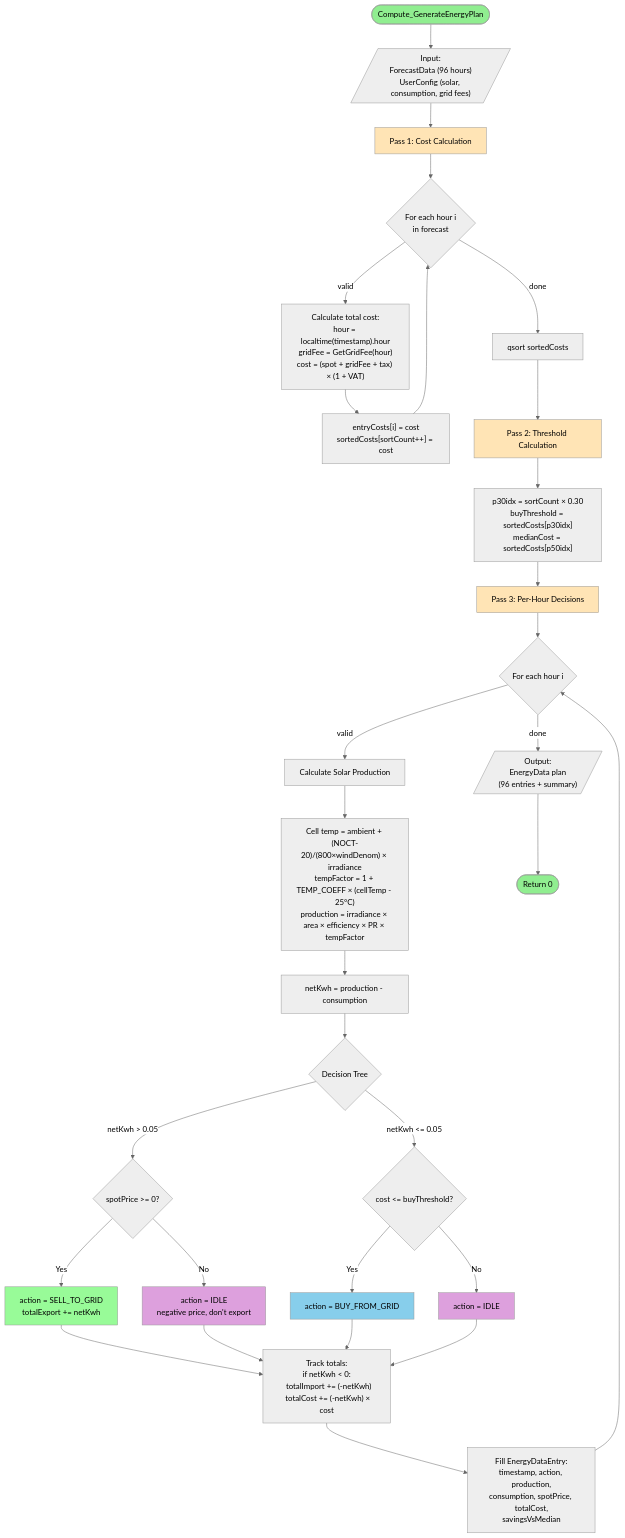
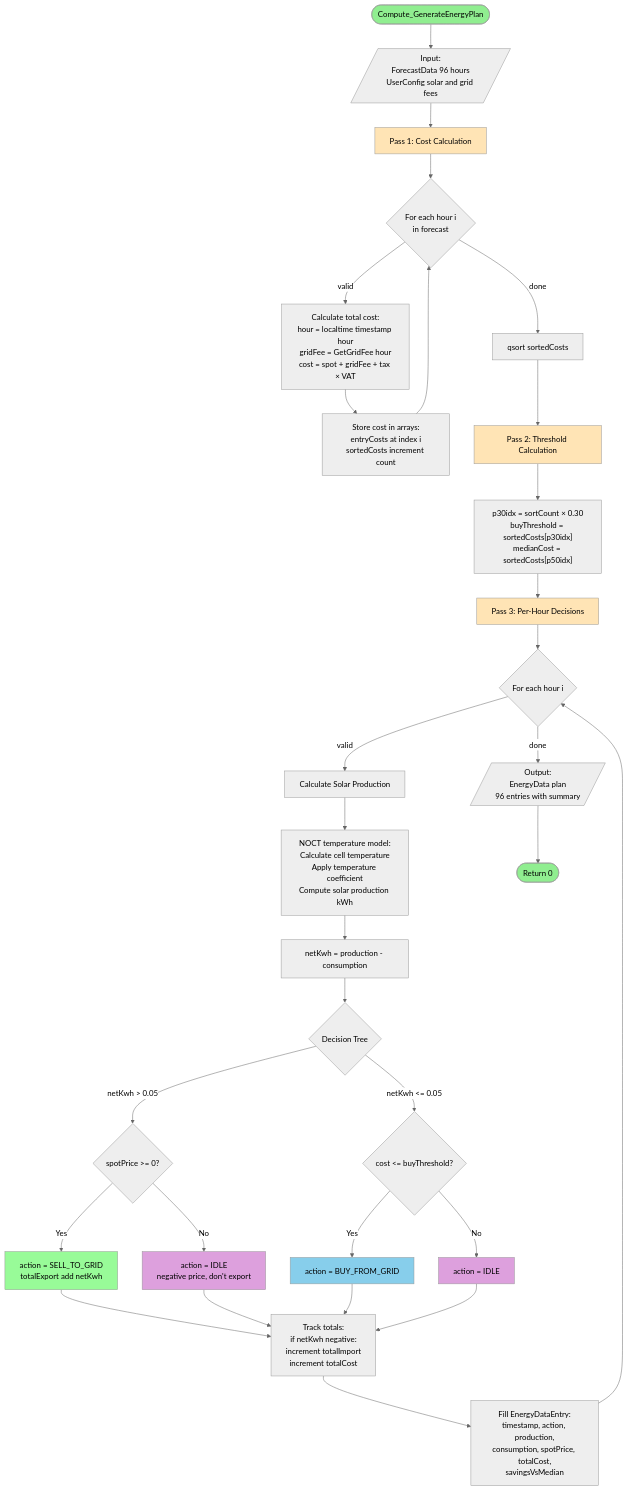
The sixth of 15 diagrams in docs/Nya/SYSTEM_ARKITEKTUR_MERMAID.md (allejako/GridGuard), drawn with Mermaid (neutral theme) before and after one commit. The commit also changed other lines of this file and 20 other files, not shown here.

````diff
--- a/docs/Nya/SYSTEM_ARKITEKTUR_MERMAID.md
+++ b/docs/Nya/SYSTEM_ARKITEKTUR_MERMAID.md
@@ -457,69 +457,69 @@
 ```mermaid
 flowchart TD
     START([Compute_GenerateEnergyPlan])
 
-    INPUT[/"Input:<br/>ForecastData (96 hours)<br/>UserConfig (solar, consumption, grid fees)"/]
+    INPUT[/"Input:<br/>ForecastData 96 hours<br/>UserConfig solar and grid fees"/]
 
     START --> INPUT
 
     INPUT --> PASS1[Pass 1: Cost Calculation]
 
     PASS1 --> LOOP1{For each hour i<br/>in forecast}
 
-    LOOP1 -->|valid| CALC_COST["Calculate total cost:<br/>hour = localtime(timestamp).hour<br/>gridFee = GetGridFee(hour)<br/>cost = (spot + gridFee + tax) × (1 + VAT)"]
+    LOOP1 -->|valid| CALC_COST["Calculate total cost:<br/>hour = localtime timestamp hour<br/>gridFee = GetGridFee hour<br/>cost = spot + gridFee + tax × VAT"]
 
-    CALC_COST --> STORE["entryCosts[i] = cost<br/>sortedCosts[sortCount++] = cost"]
+    CALC_COST --> STORE["Store cost in arrays:<br/>entryCosts at index i<br/>sortedCosts increment count"]
 
     STORE --> LOOP1
 
     LOOP1 -->|done| SORT[qsort sortedCosts]
 
     SORT --> PASS2[Pass 2: Threshold Calculation]
 
     PASS2 --> PERCENTILE["p30idx = sortCount × 0.30<br/>buyThreshold = sortedCosts[p30idx]<br/>medianCost = sortedCosts[p50idx]"]
 
     PERCENTILE --> PASS3[Pass 3: Per-Hour Decisions]
 
     PASS3 --> LOOP2{For each hour i}
 
     LOOP2 -->|valid| SOLAR[Calculate Solar Production]
 
-    SOLAR --> NOCT["Cell temp = ambient + (NOCT-20)/(800×windDenom) × irradiance<br/>tempFactor = 1 + TEMP_COEFF × (cellTemp - 25°C)<br/>production = irradiance × area × efficiency × PR × tempFactor"]
+    SOLAR --> NOCT["NOCT temperature model:<br/>Calculate cell temperature<br/>Apply temperature coefficient<br/>Compute solar production kWh"]
 
     NOCT --> NET["netKwh = production - consumption"]
 
     NET --> DECISION{Decision Tree}
 
     DECISION -->|netKwh > 0.05| CHECK_SPOT{spotPrice >= 0?}
-    CHECK_SPOT -->|Yes| SELL[action = SELL_TO_GRID<br/>totalExport += netKwh]
+    CHECK_SPOT -->|Yes| SELL[action = SELL_TO_GRID<br/>totalExport add netKwh]
     CHECK_SPOT -->|No| IDLE1[action = IDLE<br/>negative price, don't export]
 
     DECISION -->|netKwh <= 0.05| CHECK_COST{cost <= buyThreshold?}
     CHECK_COST -->|Yes| BUY[action = BUY_FROM_GRID]
     CHECK_COST -->|No| IDLE2[action = IDLE]
 
     SELL --> TRACK
     IDLE1 --> TRACK
     BUY --> TRACK
     IDLE2 --> TRACK
 
-    TRACK["Track totals:<br/>if netKwh < 0:<br/>  totalImport += (-netKwh)<br/>  totalCost += (-netKwh) × cost"]
+    TRACK["Track totals:<br/>if netKwh negative:<br/>  increment totalImport<br/>  increment totalCost"]
 
     TRACK --> FILL["Fill EnergyDataEntry:<br/>timestamp, action, production,<br/>consumption, spotPrice, totalCost,<br/>savingsVsMedian"]
 
     FILL --> LOOP2
 
-    LOOP2 -->|done| OUTPUT[/"Output:<br/>EnergyData plan<br/>(96 entries + summary)"/]
+    LOOP2 -->|done| OUTPUT[/"Output:<br/>EnergyData plan<br/>96 entries with summary"/]
 
     OUTPUT --> END([Return 0])
 
     style START fill:#90EE90
     style PASS1 fill:#FFE4B5
     style PASS2 fill:#FFE4B5
     style PASS3 fill:#FFE4B5
     style SELL fill:#98FB98
     style BUY fill:#87CEEB
     style IDLE1 fill:#DDA0DD
     style IDLE2 fill:#DDA0DD
     style END fill:#90EE90
 ```
````
